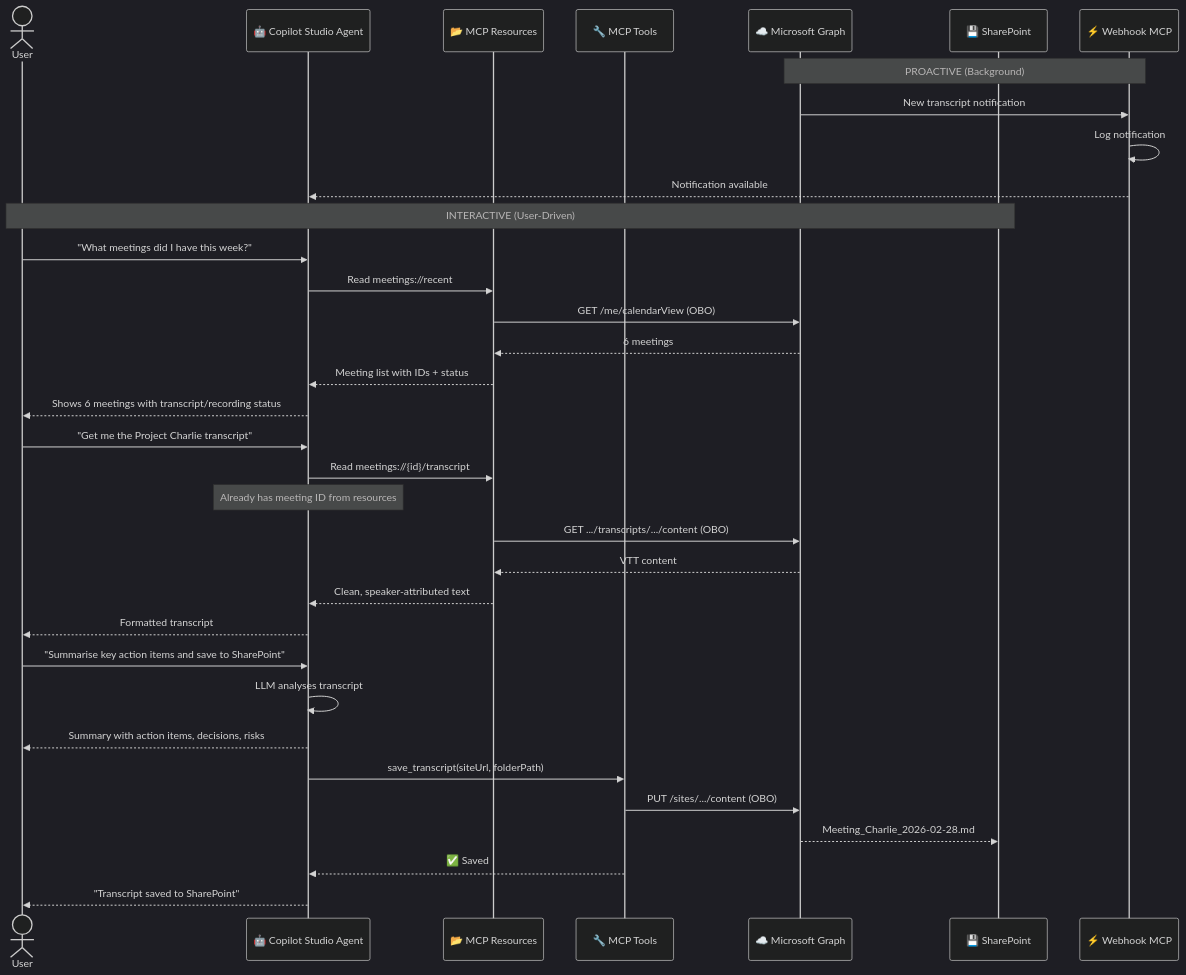
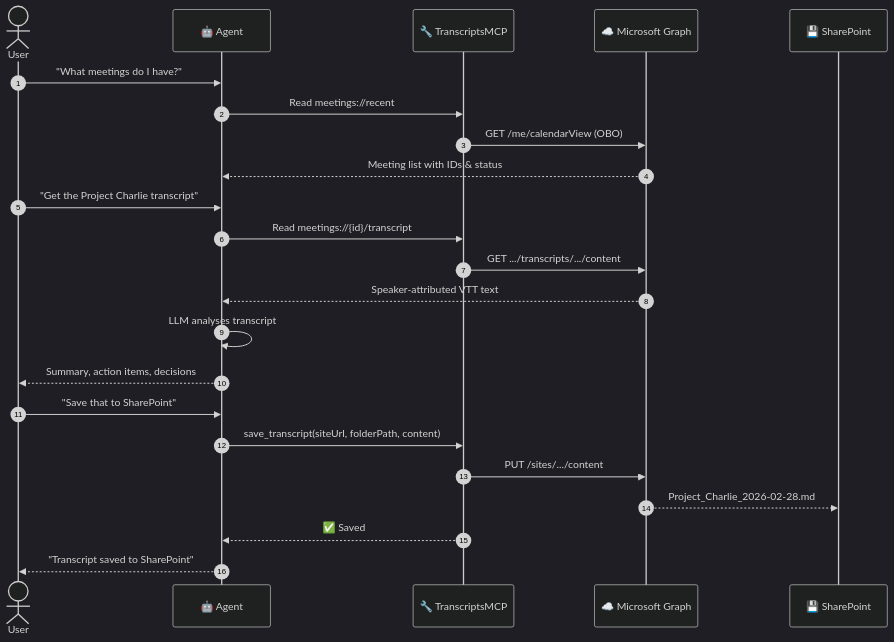
The third of 4 diagrams in Architecture.MD (ITSpecialist111/MicrosoftGraph_Transcript_MCP), drawn with Mermaid (dark theme) before and after one commit. The commit also changed other lines of this file, not shown here.

First line of the commit message:
Revise architecture diagrams and user workflow

````diff
--- a/Architecture.MD
+++ b/Architecture.MD
@@ -184,40 +82,29 @@
 ```mermaid
 sequenceDiagram
+    autonumber
     actor User
-    participant Agent as 🤖 Copilot Studio Agent
-    participant Resources as 📂 MCP Resources
-    participant Tools as 🔧 MCP Tools
+    participant Agent as 🤖 Agent
+    participant MCP as 🔧 TranscriptsMCP
     participant Graph as ☁️ Microsoft Graph
     participant SP as 💾 SharePoint
-    participant Webhook as ⚡ Webhook MCP
 
-    Note over Webhook,Graph: PROACTIVE (Background)
-    Graph->>Webhook: New transcript notification
-    Webhook->>Webhook: Log notification
-    Webhook-->>Agent: Notification available
+    User->>Agent: "What meetings do I have?"
+    Agent->>MCP: Read meetings://recent
+    MCP->>Graph: GET /me/calendarView (OBO)
+    Graph-->>Agent: Meeting list with IDs & status
 
-    Note over User,SP: INTERACTIVE (User-Driven)
-    User->>Agent: "What meetings did I have this week?"
-    Agent->>Resources: Read meetings://recent
-    Resources->>Graph: GET /me/calendarView (OBO)
-    Graph-->>Resources: 6 meetings
-    Resources-->>Agent: Meeting list with IDs + status
-    Agent-->>User: Shows 6 meetings with transcript/recording status
+    User->>Agent: "Get the Project Charlie transcript"
+    Agent->>MCP: Read meetings://{id}/transcript
+    MCP->>Graph: GET .../transcripts/.../content
+    Graph-->>Agent: Speaker-attributed VTT text
 
-    User->>Agent: "Get me the Project Charlie transcript"
-    Agent->>Resources: Read meetings://{id}/transcript
-    Note over Agent: Already has meeting ID from resources
-    Resources->>Graph: GET .../transcripts/.../content (OBO)
-    Graph-->>Resources: VTT content
-    Resources-->>Agent: Clean, speaker-attributed text
-    Agent-->>User: Formatted transcript
+    Agent->>Agent: LLM analyses transcript
+    Agent-->>User: Summary, action items, decisions
 
-    User->>Agent: "Summarise key action items and save to SharePoint"
-    Agent->>Agent: LLM analyses transcript
-    Agent-->>User: Summary with action items, decisions, risks
-    Agent->>Tools: save_transcript(siteUrl, folderPath)
-    Tools->>Graph: PUT /sites/.../content (OBO)
-    Graph-->>SP: Meeting_Charlie_2026-02-28.md
-    Tools-->>Agent: ✅ Saved
+    User->>Agent: "Save that to SharePoint"
+    Agent->>MCP: save_transcript(siteUrl, folderPath, content)
+    MCP->>Graph: PUT /sites/.../content
+    Graph-->>SP: Project_Charlie_2026-02-28.md
+    MCP-->>Agent: ✅ Saved
     Agent-->>User: "Transcript saved to SharePoint"
 ```
````
